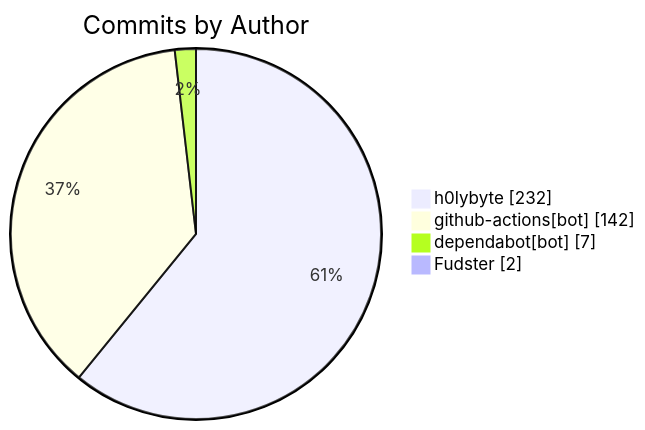
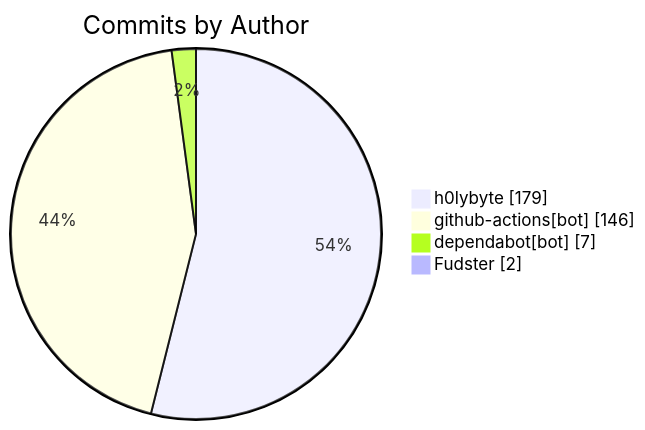
Before and after one commit to KBVE/kbve: the diagram in apps/kbve/astro-kbve/src/content/docs/dashboard/activity.mdx, drawn with Mermaid. The commit also changed other lines of this file and 1 other file, not shown here.

````diff
--- a/apps/kbve/astro-kbve/src/content/docs/dashboard/activity.mdx
+++ b/apps/kbve/astro-kbve/src/content/docs/dashboard/activity.mdx
@@ -136,8 +136,8 @@
 ```mermaid
 pie showData
     title Commits by Author
-    "h0lybyte" : 232
-    "github-actions[bot]" : 142
+    "h0lybyte" : 179
+    "github-actions[bot]" : 146
     "dependabot[bot]" : 7
     "Fudster" : 2
 ```
````
